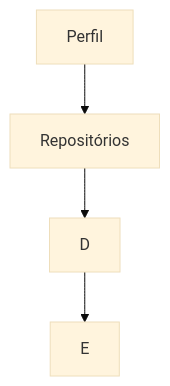
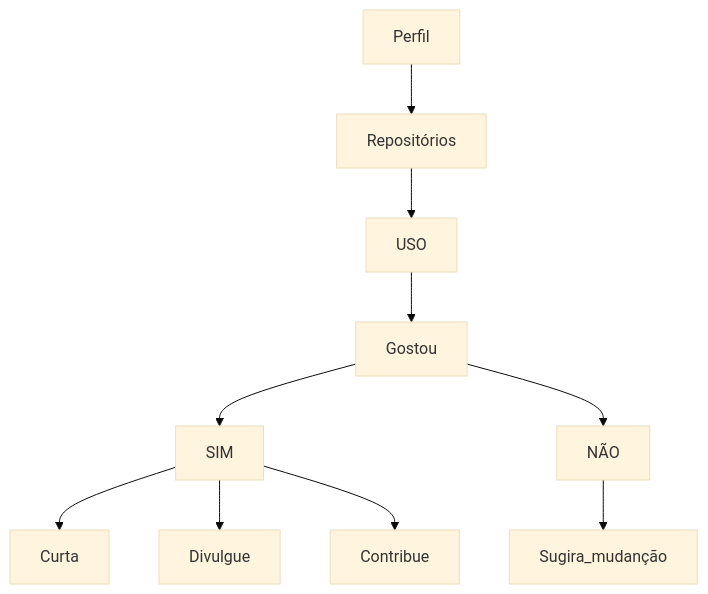
Before and after one commit to OgliariNatan/OgliariNatan: the diagram in README.md, drawn with Mermaid (base theme). The commit also changed other lines of this file, not shown here.

Commit message:
Update README.md
update

````diff
--- a/README.md
+++ b/README.md
@@ -19,8 +20,13 @@
 ```mermaid
   graph TD;
     Perfil-->Repositórios;
+    Repositórios-->USO;
+    USO-->Gostou;
+    Gostou-->SIM;
+    SIM-->Curta;
+    SIM-->Divulgue;
+    SIM-->Contribue;
+    Gostou-->NÃO;
+    NÃO-->Sugira_mudanção;
     
-    Repositórios-->D;
-    
-    D-->E;
 ```
````
